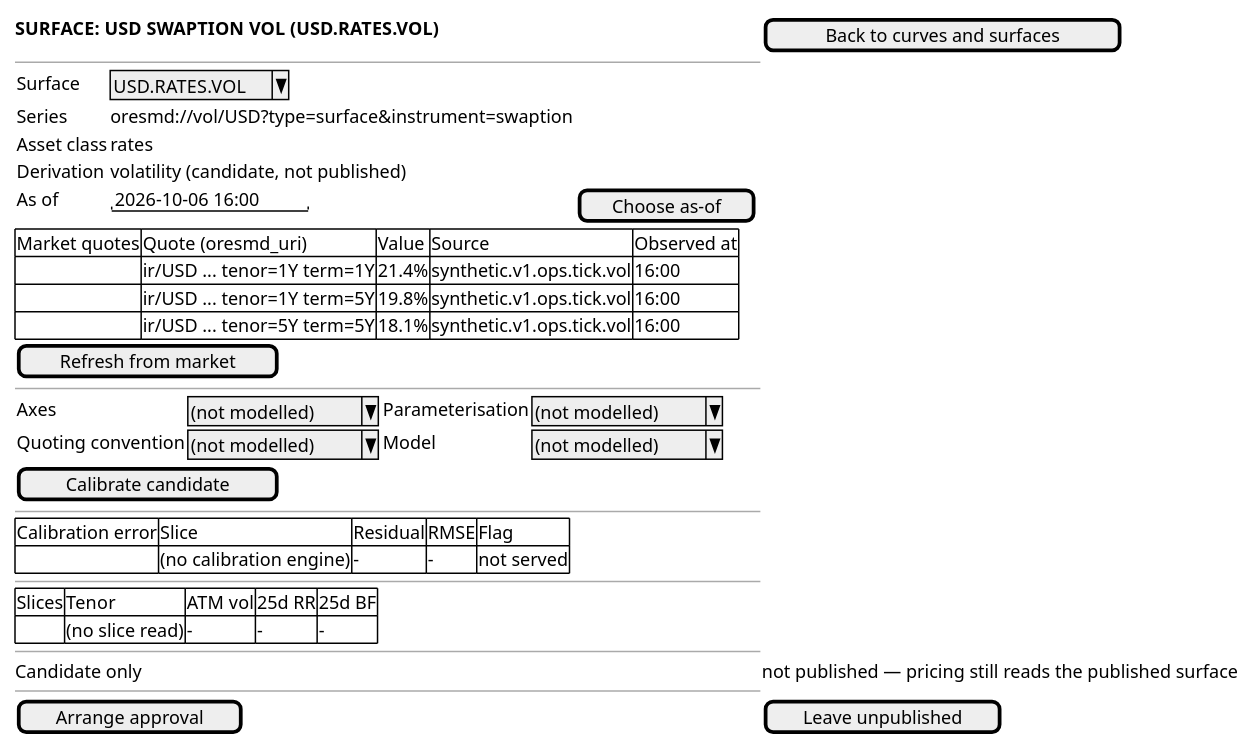
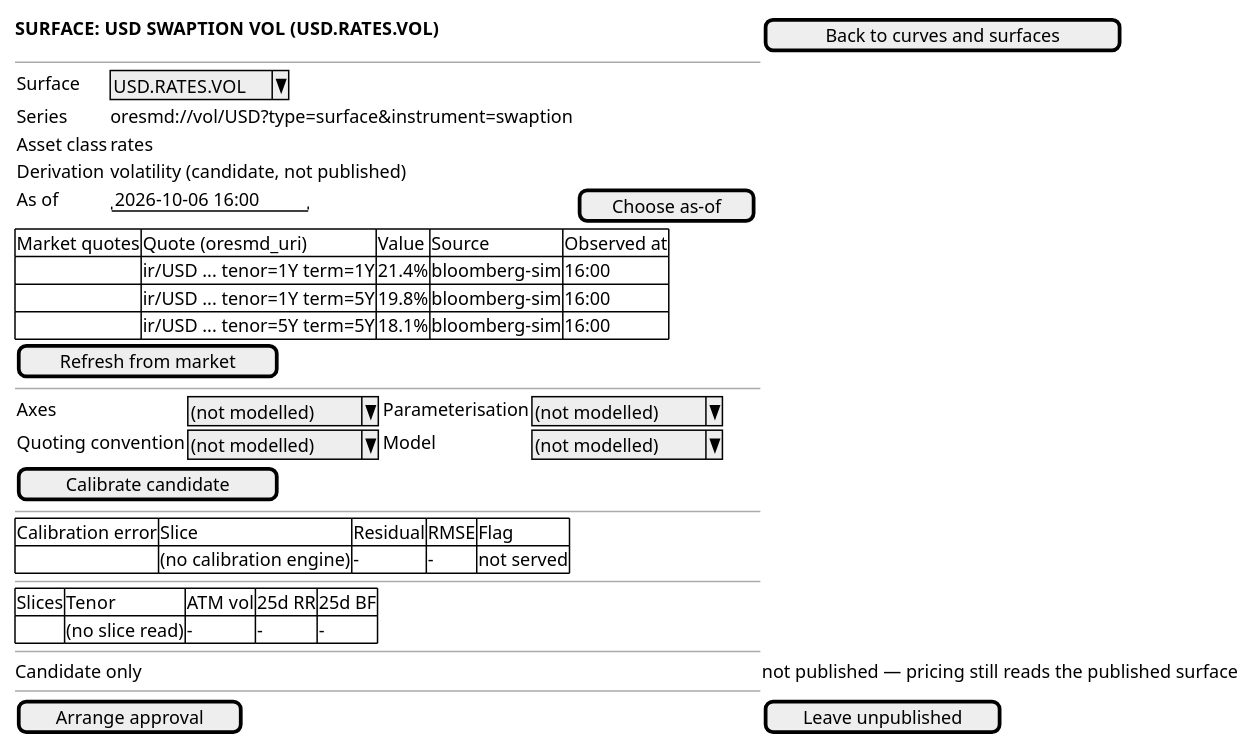
The diagram in doc/knowledge/journeys/market_data/wireframe_calibrate-or-refresh-a-surface.puml (OreStudio/OreStudio), drawn with PlantUML before and after one commit. The commit also changed 132 other files, not shown here.

```diff
--- a/doc/knowledge/journeys/market_data/wireframe_calibrate-or-refresh-a-surface.puml
+++ b/doc/knowledge/journeys/market_data/wireframe_calibrate-or-refresh-a-surface.puml
@@ -18,43 +18,43 @@
 @startuml
 
 salt
 {
   <b>SURFACE: USD SWAPTION VOL (USD.RATES.VOL)</b> | [ Back to curves and surfaces ]
   --
   {
     Surface | ^USD.RATES.VOL^
     Series | oresmd://vol/USD?type=surface&instrument=swaption
     Asset class | rates
     Derivation | volatility (candidate, not published)
     As of | "2026-10-06 16:00" | [ Choose as-of ]
   }
   {#
     Market quotes | Quote (oresmd_uri) | Value | Source | Observed at
-    . | ir/USD ... tenor=1Y term=1Y | 21.4% | synthetic.v1.ops.tick.vol | 16:00
-    . | ir/USD ... tenor=1Y term=5Y | 19.8% | synthetic.v1.ops.tick.vol | 16:00
-    . | ir/USD ... tenor=5Y term=5Y | 18.1% | synthetic.v1.ops.tick.vol | 16:00
+    . | ir/USD ... tenor=1Y term=1Y | 21.4% | bloomberg-sim | 16:00
+    . | ir/USD ... tenor=1Y term=5Y | 19.8% | bloomberg-sim | 16:00
+    . | ir/USD ... tenor=5Y term=5Y | 18.1% | bloomberg-sim | 16:00
   }
   [ Refresh from market ]
   --
   {
     Axes | ^(not modelled)^ | Parameterisation | ^(not modelled)^
     Quoting convention | ^(not modelled)^ | Model | ^(not modelled)^
   }
   [ Calibrate candidate ]
   --
   {#
     Calibration error | Slice | Residual | RMSE | Flag
     . | (no calibration engine) | - | - | not served
   }
   --
   {#
     Slices | Tenor | ATM vol | 25d RR | 25d BF
     . | (no slice read) | - | - | -
   }
   --
   Candidate only | not published — pricing still reads the published surface
   --
   [ Arrange approval ] | [ Leave unpublished ]
 }
 
 @enduml
```
